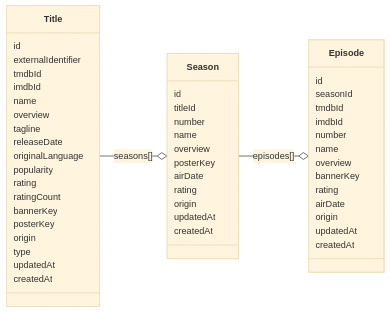
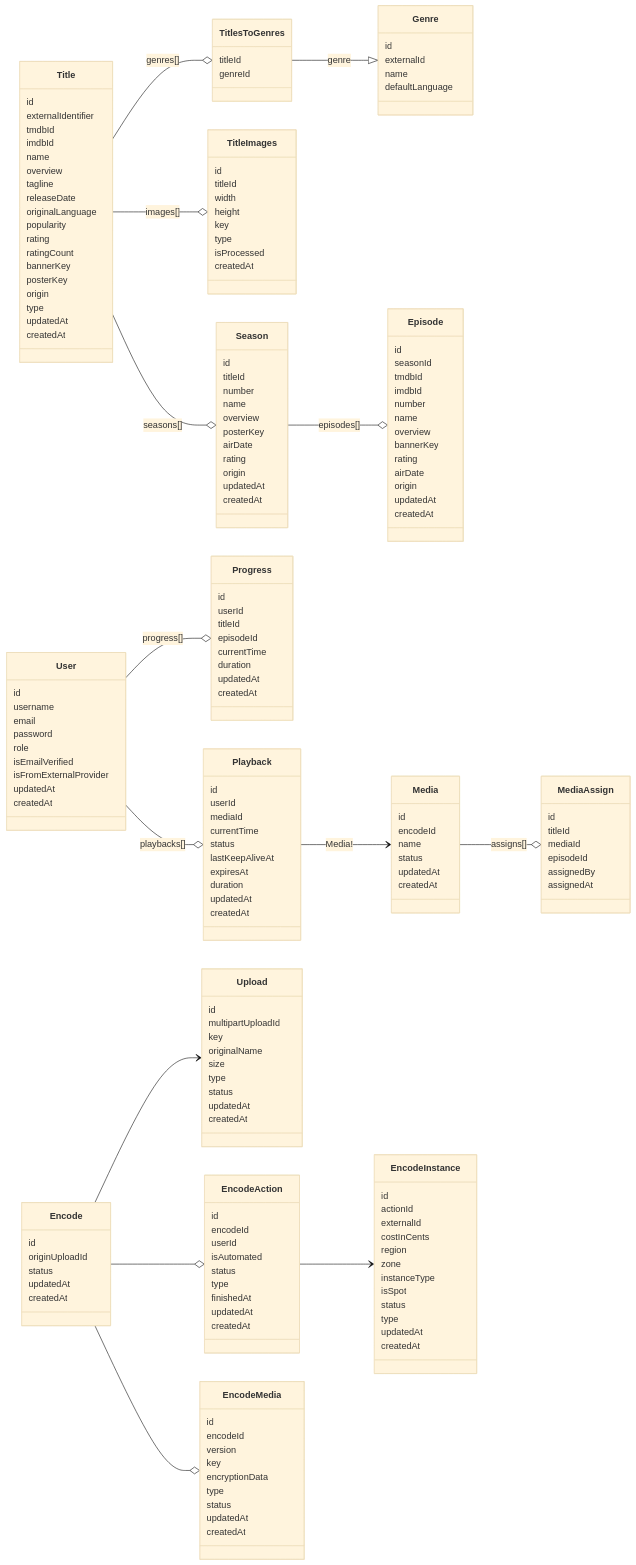
The diagram in README.md (zyxsz/mystreaming-app), drawn with Mermaid (base theme) before and after one commit. The commit also changed other lines of this file, not shown here.

Commit message:
Update mermaid diagram in readme

````diff
--- a/README.md
+++ b/README.md
@@ -154,6 +156,32 @@
 	    type
 	    updatedAt
 	    createdAt
+    }
+
+    class Genre {
+        id
+        externalId
+        name
+        defaultLanguage
+    }
+
+    class TitlesToGenres {
+        titleId
+        genreId
+    }
+
+    class TitleImages {
+        id
+        titleId
+
+        width
+        height
+
+        key
+        type
+
+        isProcessed
+        createdAt
     }
 
     class Season {
@@ -186,8 +214,158 @@
 	    createdAt
     }
 
+    class User {
+        id
+
+        username
+        email
+        password
+
+        role
+
+        isEmailVerified
+        isFromExternalProvider
+
+        updatedAt
+        createdAt
+    }
+
+    class Progress{
+        id
+
+        userId
+        titleId
+        episodeId
+
+        currentTime
+        duration
+
+        updatedAt
+        createdAt
+    }
+
+    class Media {
+        id
+        encodeId
+        name
+        status
+        updatedAt
+        createdAt
+    }
+
+    class MediaAssign {
+        id
+
+        titleId
+        mediaId
+        episodeId
+
+        assignedBy
+        assignedAt
+    }
+
+
+    class Playback {
+        id
+        userId
+        mediaId
+
+        currentTime
+        status
+
+        lastKeepAliveAt
+        expiresAt
+
+        duration
+        updatedAt
+        createdAt
+    }
+
+    class Upload {
+        id
+        multipartUploadId
+        key
+        originalName
+        size
+        type
+        status
+        updatedAt
+        createdAt
+    }
+
+    class Encode {
+        id
+
+        originUploadId
+        status
+
+        updatedAt
+        createdAt
+    }
+
+    class EncodeAction {
+        id
+        encodeId
+        userId
+
+        isAutomated
+
+        status
+        type
+
+        finishedAt
+        updatedAt
+        createdAt
+    }
+
+    class EncodeInstance {
+        id
+
+        actionId
+        externalId
+
+        costInCents
+        region
+        zone
+        instanceType
+        isSpot
+
+        status
+        type
+
+        updatedAt
+        createdAt
+    }
+
+    class EncodeMedia {
+        id
+        encodeId
+
+        version
+        key
+
+        encryptionData
+        type
+
+        status
+
+        updatedAt
+        createdAt
+    }
+
+
+    Encode --> Upload
+    Encode --o EncodeAction
+    EncodeAction --> EncodeInstance
+    Encode --o EncodeMedia
+
+    Media --o MediaAssign : assigns[]
+    User --o Playback : playbacks[]
+    Playback --> Media : Media!
+    User --o Progress : progress[]
+    Title --o TitleImages : images[]
+    Title --o TitlesToGenres : genres[]
+    TitlesToGenres --|> Genre : genre
     Title --o Season : seasons[]
     Season --o Episode : episodes[]
-
-
 ```
````
